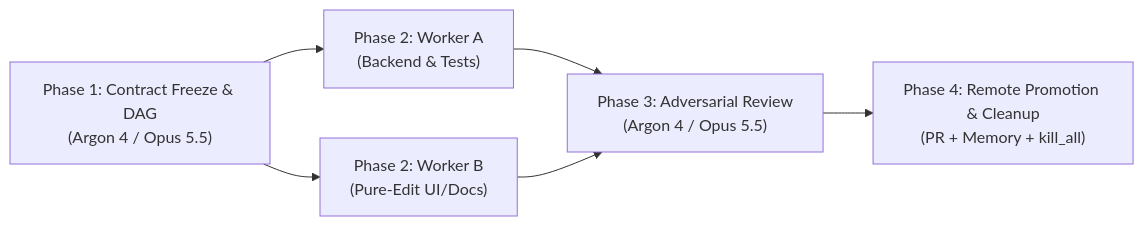
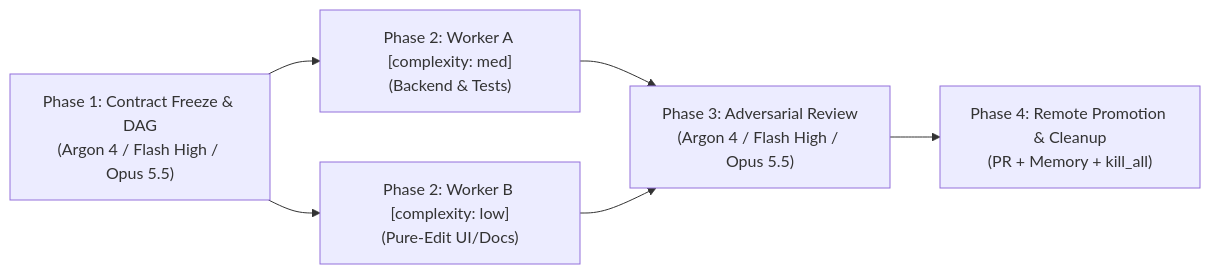
One commit to Cooper-Wallace/agentkit changed the diagram in harness/plugins/autonomous-orchestrator/skills/auto-lifecycle/SKILL.md. Above: the diagram before and after it, drawn with Mermaid. The commit also changed other lines of this file and 22 other files, not shown here.

````diff
--- a/harness/plugins/autonomous-orchestrator/skills/auto-lifecycle/SKILL.md
+++ b/harness/plugins/autonomous-orchestrator/skills/auto-lifecycle/SKILL.md
@@ -14,8 +14,8 @@
 ```mermaid
 flowchart LR
-    P1["Phase 1: Contract Freeze & DAG<br/>(Argon 4 / Opus 5.5)"] --> P2A["Phase 2: Worker A<br/>(Backend & Tests)"]
-    P1 --> P2B["Phase 2: Worker B<br/>(Pure-Edit UI/Docs)"]
-    P2A --> P3["Phase 3: Adversarial Review<br/>(Argon 4 / Opus 5.5)"]
+    P1["Phase 1: Contract Freeze & DAG<br/>(Argon 4 / Flash High / Opus 5.5)"] --> P2A["Phase 2: Worker A [complexity: med]<br/>(Backend & Tests)"]
+    P1 --> P2B["Phase 2: Worker B [complexity: low]<br/>(Pure-Edit UI/Docs)"]
+    P2A --> P3["Phase 3: Adversarial Review<br/>(Argon 4 / Flash High / Opus 5.5)"]
     P2B --> P3
     P3 --> P4["Phase 4: Remote Promotion & Cleanup<br/>(PR + Memory + kill_all)"]
 ```
````
